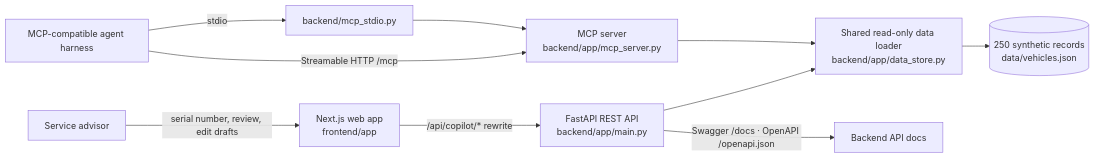
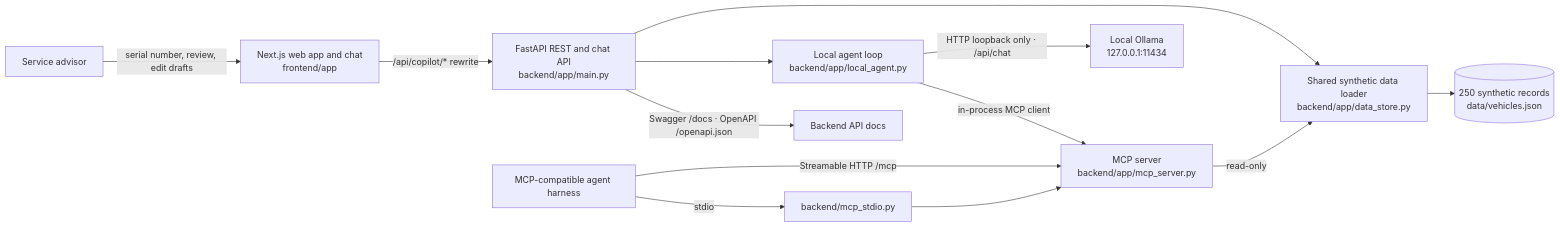
One commit to arsalanshakil-dev/service-lane-copilot changed the diagram in README.md. Above: the diagram before and after it, drawn with Mermaid. The commit also changed other lines of this file, not shown here.

Commit message:
docs: add Ollama chat architecture and setup guide (#8)

````diff
--- a/README.md
+++ b/README.md
@@ -13,12 +13,15 @@
 ```mermaid
 flowchart LR
-    Advisor[Service advisor] -->|serial number, review, edit drafts| Web[Next.js web app\nfrontend/app]
-    Web -->|/api/copilot/* rewrite| API[FastAPI REST API\nbackend/app/main.py]
-    API --> Store[Shared read-only data loader\nbackend/app/data_store.py]
+    Advisor[Service advisor] -->|serial number, review, edit drafts| Web[Next.js web app and chat\nfrontend/app]
+    Web -->|/api/copilot/* rewrite| API[FastAPI REST and chat API\nbackend/app/main.py]
+    API --> Store[Shared synthetic data loader\nbackend/app/data_store.py]
     Store --> Data[(250 synthetic records\ndata/vehicles.json)]
+    API --> Agent[Local agent loop\nbackend/app/local_agent.py]
+    Agent -->|HTTP loopback only · /api/chat| Ollama[Local Ollama\n127.0.0.1:11434]
+    Agent -->|in-process MCP client| MCP
     Harness[MCP-compatible agent harness] -->|Streamable HTTP /mcp| MCP[MCP server\nbackend/app/mcp_server.py]
     Harness -->|stdio| Launcher[backend/mcp_stdio.py]
     Launcher --> MCP
-    MCP --> Store
+    MCP -->|read-only| Store
     API -->|Swagger /docs · OpenAPI /openapi.json| Docs[Backend API docs]
 ```
````
